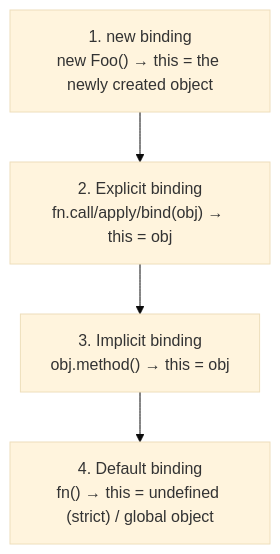
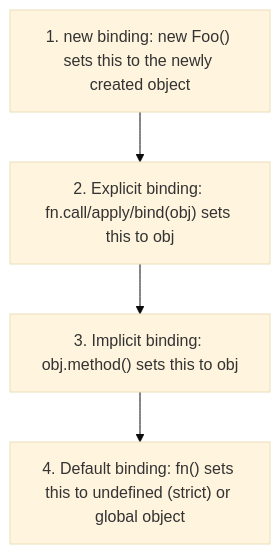
One commit to DipanPramanik098/Thunder-100-Days-Of-Code changed the ninth of 19 diagrams in _01_JavaScript/JavaScript.md. Above: the diagram before and after it, drawn with Mermaid (base theme). The commit also changed other lines of this file, not shown here.

````diff
--- a/_01_JavaScript/JavaScript.md
+++ b/_01_JavaScript/JavaScript.md
@@ -429,6 +429,6 @@
 ```mermaid
 flowchart TD
-    A["1. new binding\nnew Foo() → this = the newly created object"] --> B["2. Explicit binding\nfn.call/apply/bind(obj) → this = obj"]
-    B --> C["3. Implicit binding\nobj.method() → this = obj"]
-    C --> D["4. Default binding\nfn() → this = undefined (strict) / global object"]
+    A["1. new binding: new Foo() sets this to the newly created object"] --> B["2. Explicit binding: fn.call/apply/bind(obj) sets this to obj"]
+    B --> C["3. Implicit binding: obj.method() sets this to obj"]
+    C --> D["4. Default binding: fn() sets this to undefined (strict) or global object"]
 ```
````
